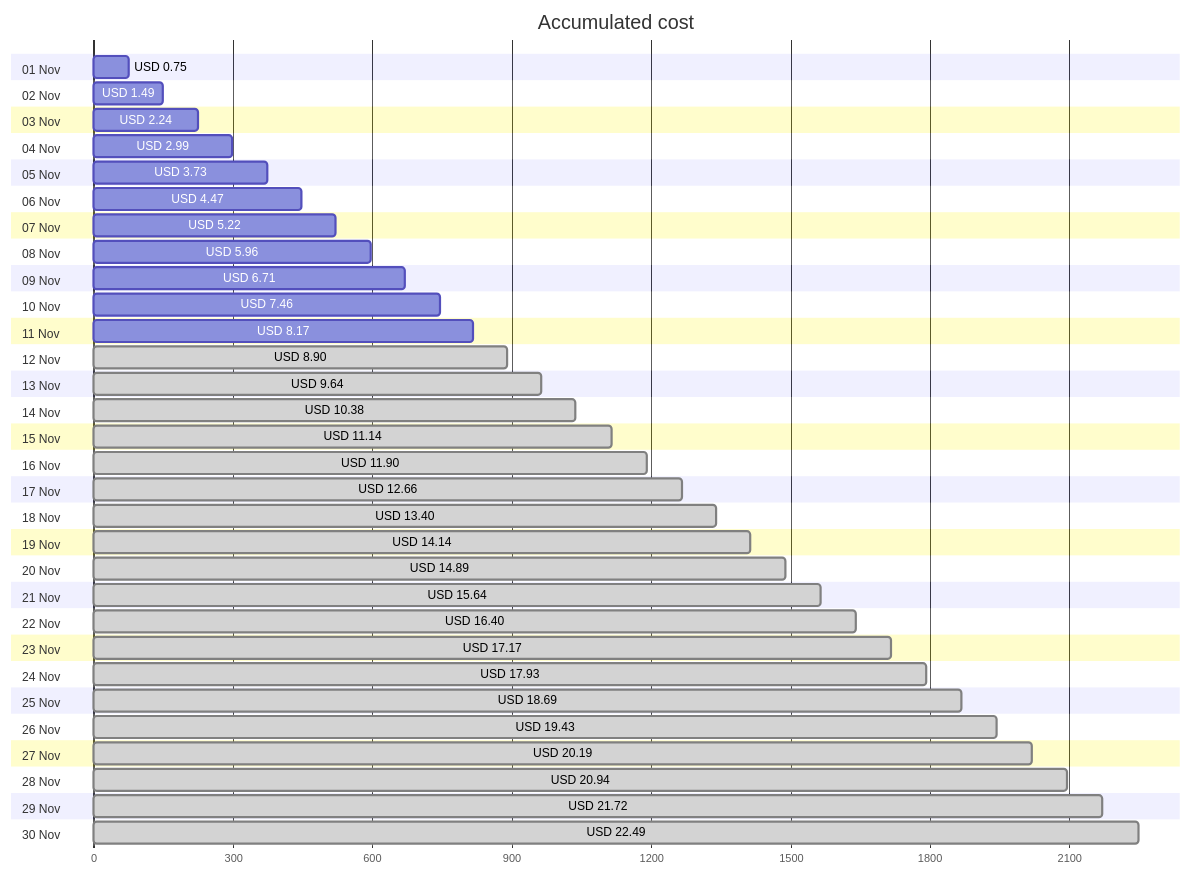
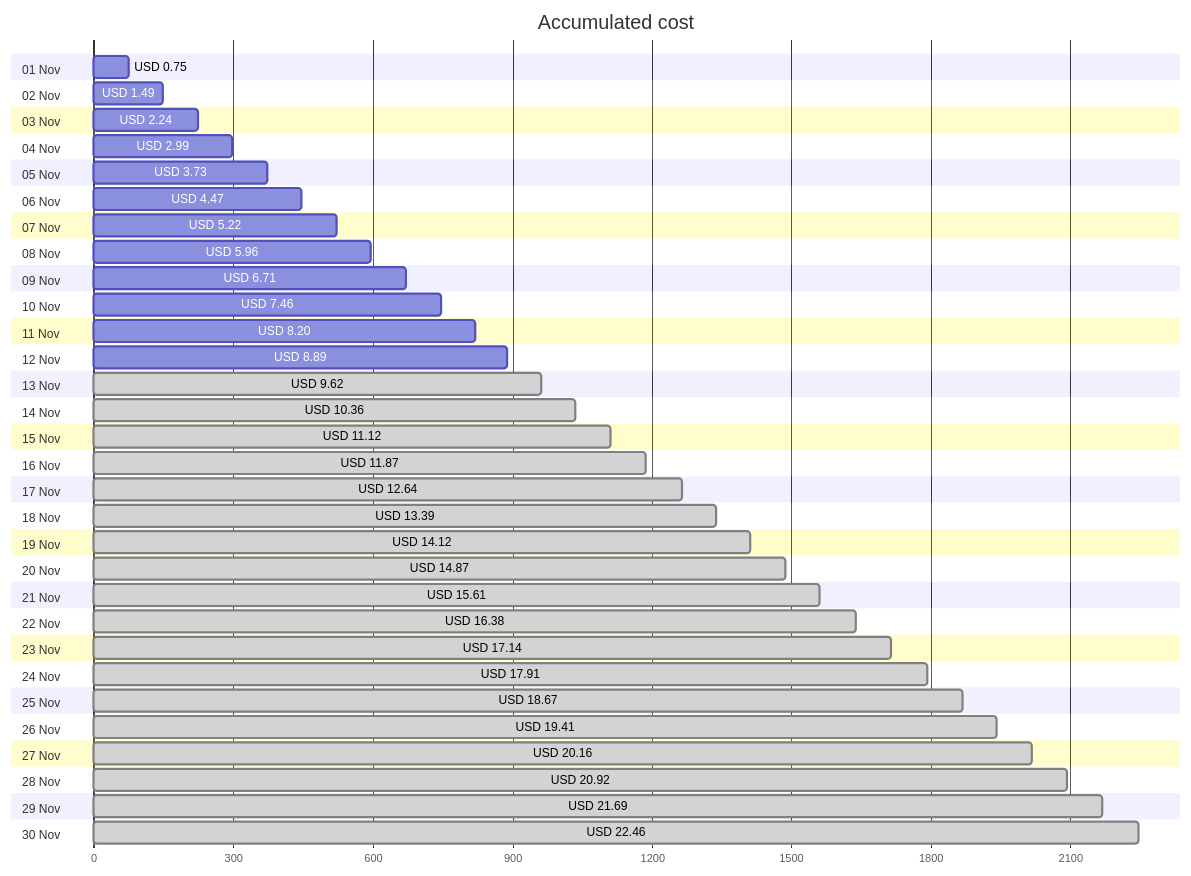
The first of 4 diagrams in cost-reports/personal-network/backup-server-data-disk.md (jpfulton/azure-personal-reports), drawn with Mermaid before and after one commit. The commit also changed other lines of this file and 8 other files, not shown here.

````diff
--- a/cost-reports/personal-network/backup-server-data-disk.md
+++ b/cost-reports/personal-network/backup-server-data-disk.md
@@ -20,66 +20,66 @@
 ```mermaid
 gantt
    title Accumulated cost
    dateFormat  X
    axisFormat %s
    section 01 Nov
    USD 0.75 :0, 75
    section 02 Nov
    USD 1.49 :0, 149
    section 03 Nov
    USD 2.24 :0, 224
    section 04 Nov
    USD 2.99 :0, 299
    section 05 Nov
    USD 3.73 :0, 373
    section 06 Nov
    USD 4.47 :0, 447
    section 07 Nov
    USD 5.22 :0, 522
    section 08 Nov
    USD 5.96 :0, 596
    section 09 Nov
    USD 6.71 :0, 671
    section 10 Nov
    USD 7.46 :0, 746
    section 11 Nov
-   USD 8.17 :0, 817
+   USD 8.20 :0, 820
    section 12 Nov
-   USD 8.90 : done, 0, 890
+   USD 8.89 :0, 889
    section 13 Nov
-   USD 9.64 : done, 0, 964
+   USD 9.62 : done, 0, 962
    section 14 Nov
-   USD 10.38 : done, 0, 1038
+   USD 10.36 : done, 0, 1036
    section 15 Nov
-   USD 11.14 : done, 0, 1114
+   USD 11.12 : done, 0, 1112
    section 16 Nov
-   USD 11.90 : done, 0, 1190
+   USD 11.87 : done, 0, 1187
    section 17 Nov
-   USD 12.66 : done, 0, 1266
+   USD 12.64 : done, 0, 1264
    section 18 Nov
-   USD 13.40 : done, 0, 1340
+   USD 13.39 : done, 0, 1339
    section 19 Nov
-   USD 14.14 : done, 0, 1414
+   USD 14.12 : done, 0, 1412
    section 20 Nov
-   USD 14.89 : done, 0, 1489
+   USD 14.87 : done, 0, 1487
    section 21 Nov
-   USD 15.64 : done, 0, 1564
+   USD 15.61 : done, 0, 1561
    section 22 Nov
-   USD 16.40 : done, 0, 1640
+   USD 16.38 : done, 0, 1638
    section 23 Nov
-   USD 17.17 : done, 0, 1717
+   USD 17.14 : done, 0, 1714
    section 24 Nov
-   USD 17.93 : done, 0, 1793
+   USD 17.91 : done, 0, 1791
    section 25 Nov
-   USD 18.69 : done, 0, 1869
+   USD 18.67 : done, 0, 1867
    section 26 Nov
-   USD 19.43 : done, 0, 1943
+   USD 19.41 : done, 0, 1941
    section 27 Nov
-   USD 20.19 : done, 0, 2019
+   USD 20.16 : done, 0, 2016
    section 28 Nov
-   USD 20.94 : done, 0, 2094
+   USD 20.92 : done, 0, 2092
    section 29 Nov
-   USD 21.72 : done, 0, 2172
+   USD 21.69 : done, 0, 2169
    section 30 Nov
-   USD 22.49 : done, 0, 2249
+   USD 22.46 : done, 0, 2246
 ```
````
